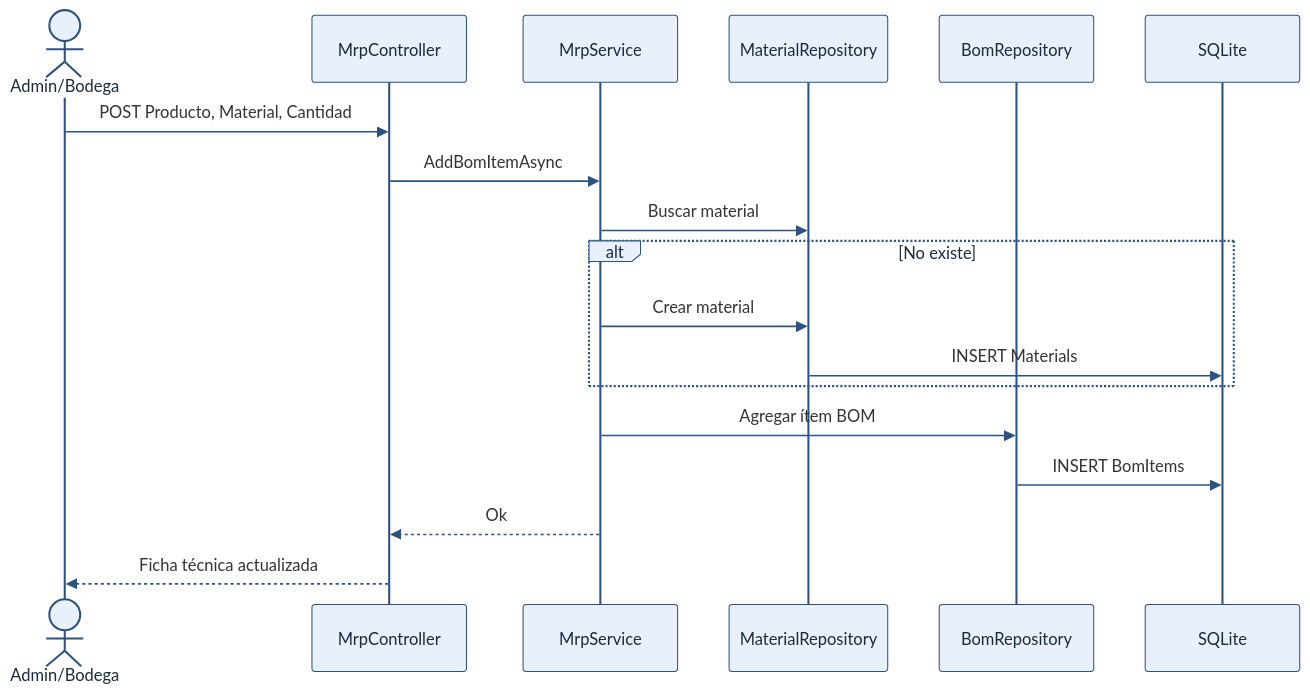
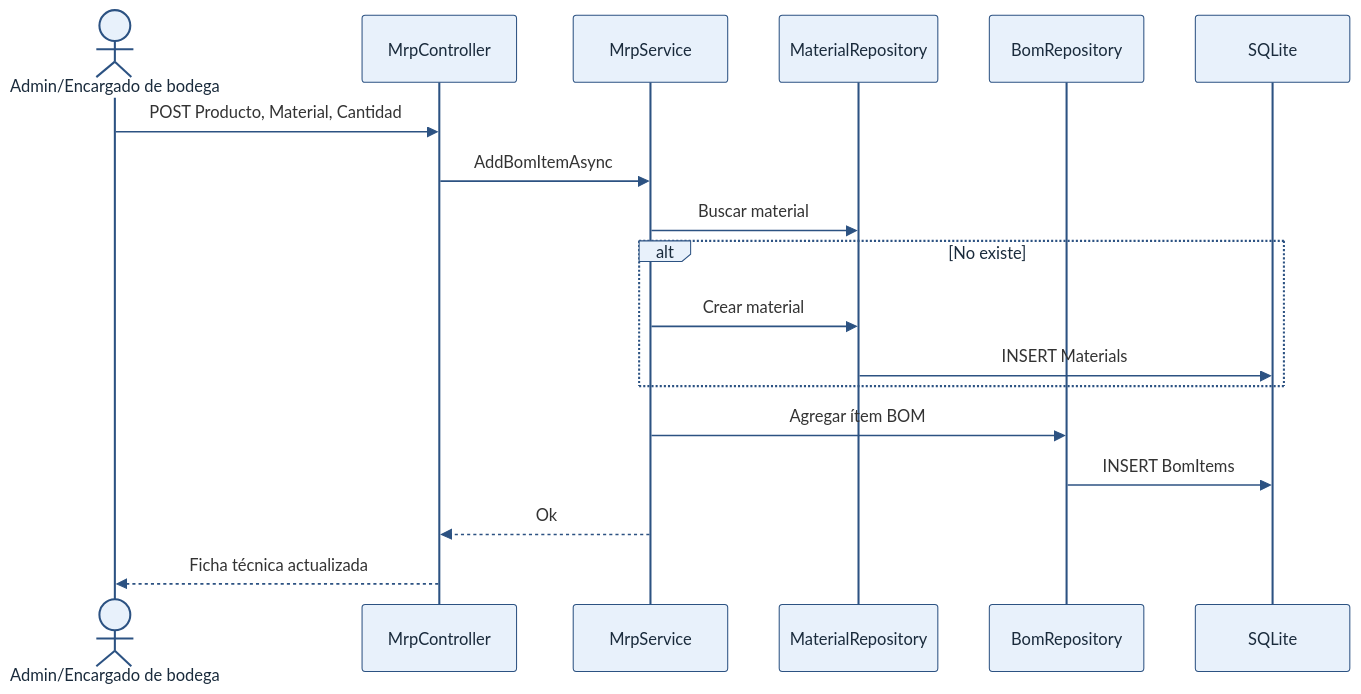
The diagram in docs/diagramas/src/09-secuencia-bom.mmd (COSTEsincelejo/-SIPITEX), drawn with Mermaid before and after one commit. The commit also changed 152 other files, not shown here.

First line of the commit message:
feat(nomenclatura): Bodega→PlantaInventario, Bodeguero→Encargado de bodega, Número de ficha→Número de grupo (#85)

```diff
--- a/docs/diagramas/src/09-secuencia-bom.mmd
+++ b/docs/diagramas/src/09-secuencia-bom.mmd
@@ -1,20 +1,20 @@
 %%{init: {'theme': 'base', 'themeVariables': { 'actorBkg': '#e8f1fb', 'actorBorder': '#2c5282', 'actorTextColor': '#1a2b3c', 'signalColor': '#2c5282', 'noteBkgColor': '#fff7ed', 'fontFamily': 'Segoe UI, Arial, sans-serif'}}}%%
 sequenceDiagram
-  actor A as Admin/Bodega
+  actor A as Admin/Encargado de bodega
   participant V as MrpController
   participant S as MrpService
   participant MR as MaterialRepository
   participant BR as BomRepository
   participant DB as SQLite
 
   A->>V: POST Producto, Material, Cantidad
   V->>S: AddBomItemAsync
   S->>MR: Buscar material
   alt No existe
     S->>MR: Crear material
     MR->>DB: INSERT Materials
   end
   S->>BR: Agregar ítem BOM
   BR->>DB: INSERT BomItems
   S-->>V: Ok
   V-->>A: Ficha técnica actualizada
```
